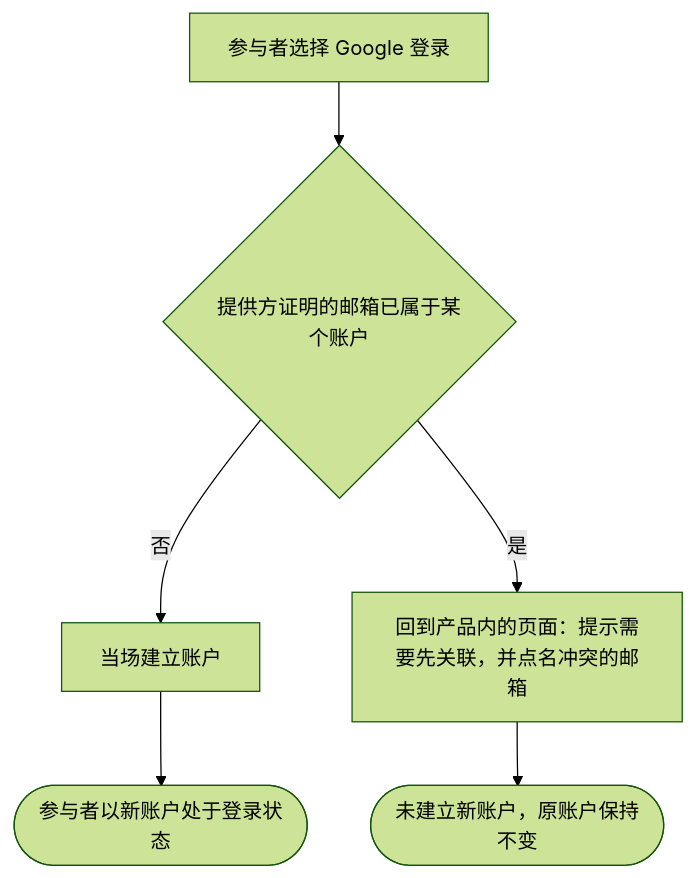
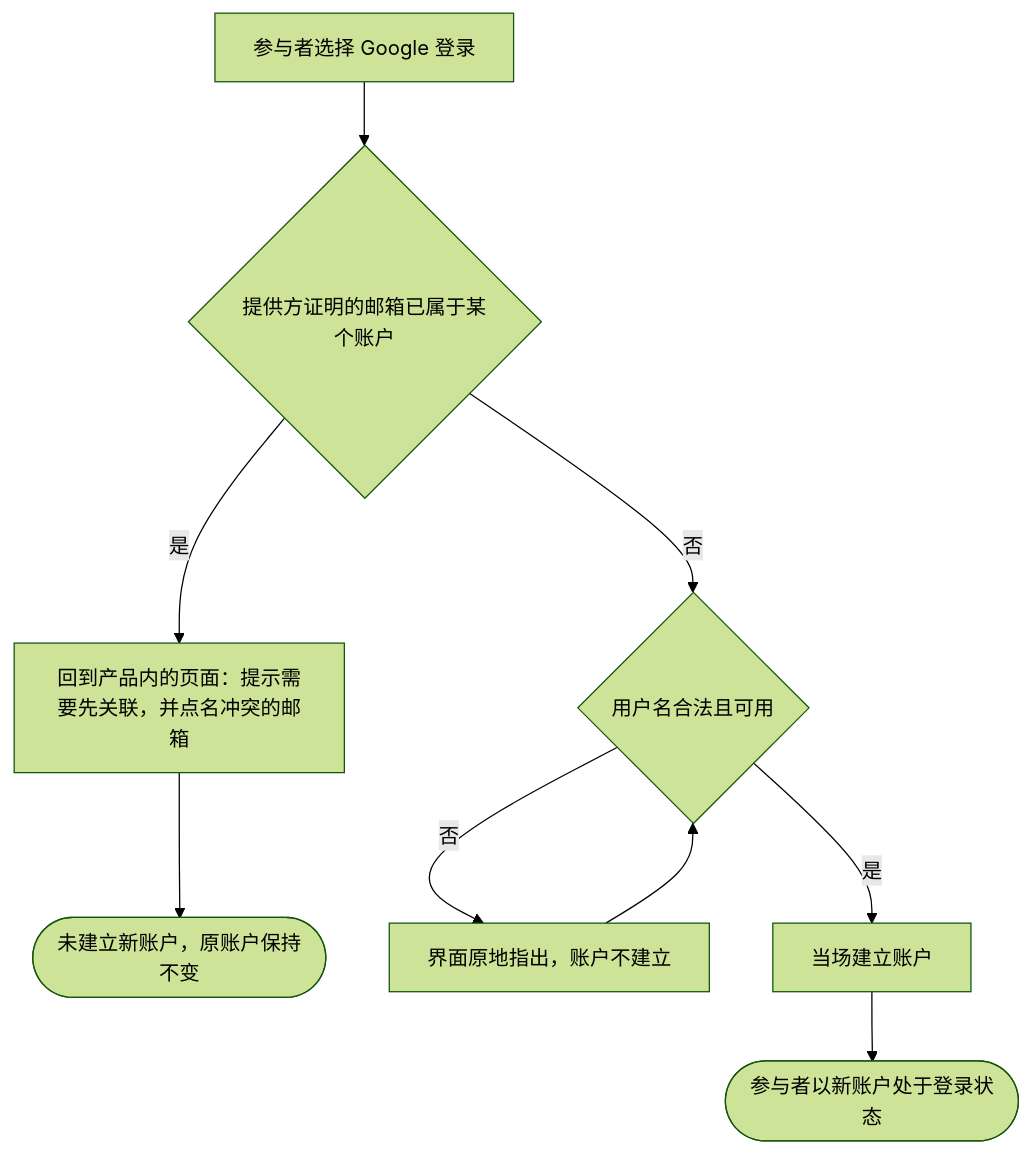
Before and after one commit to wangzw/speed: the diagram in docs/prd/journeys/journey-social-sign-in-and-linking.md, drawn with Mermaid (forest theme). The commit also changed other lines of this file and 22 other files, not shown here.

````diff
--- a/docs/prd/journeys/journey-social-sign-in-and-linking.md
+++ b/docs/prd/journeys/journey-social-sign-in-and-linking.md
@@ -33,8 +35,11 @@
 ```mermaid
 flowchart TD
     A[参与者选择 Google 登录] --> B{提供方证明的邮箱已属于某个账户}
-    B -->|否| C[当场建立账户]
-    C --> D([参与者以新账户处于登录状态])
     B -->|是| E[回到产品内的页面：提示需要先关联，并点名冲突的邮箱]
     E --> F([未建立新账户，原账户保持不变])
+    B -->|否| U{用户名合法且可用}
+    U -->|否| R[界面原地指出，账户不建立]
+    R --> U
+    U -->|是| C[当场建立账户]
+    C --> D([参与者以新账户处于登录状态])
 ```
````
